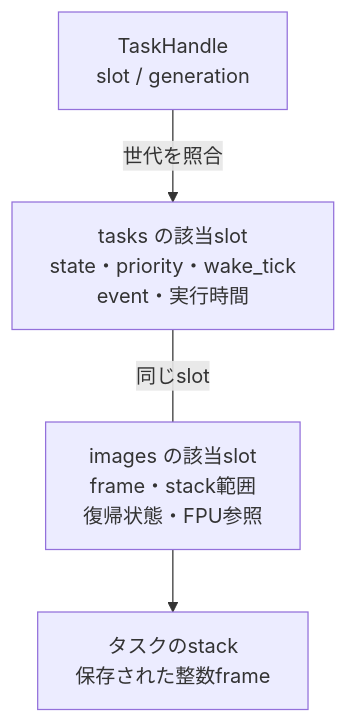
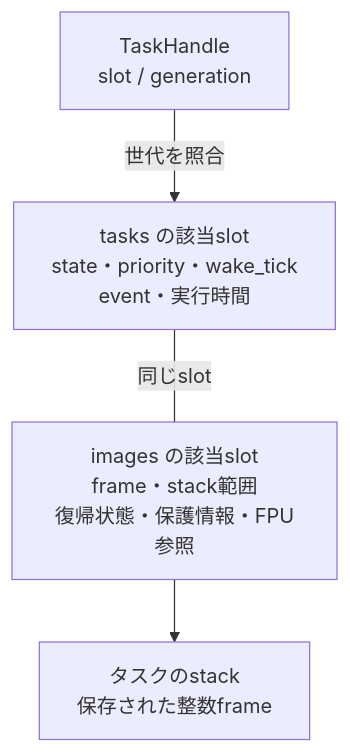
Before and after one commit to masanork/nihos: the diagram in docs/book/figures/task-records.mmd, drawn with Mermaid. The commit also changed 43 other files, not shown here.

```diff
--- a/docs/book/figures/task-records.mmd
+++ b/docs/book/figures/task-records.mmd
@@ -1,6 +1,6 @@
 flowchart TB
     accTitle: タスクの管理表と保存イメージ
-    accDescr: slotとgenerationでタスクを識別し、Schedulerのtasks配列とRuntimeのimages配列を同じslotで対応づける。保存frameはそのタスクのstack範囲にある。
+    accDescr: slotとgenerationでタスクを識別し、Schedulerのtasks配列とRuntimeのimages配列を同じslotで対応づける。imagesには復帰状態と任意の保護情報がある。通常のframeはタスクのstack範囲にあり、不正な利用者SPは別の故障用frameで受ける。
     H["TaskHandle\nslot / generation"] -->|"世代を照合"| T["tasks の該当slot\nstate・priority・wake_tick\nevent・実行時間"]
-    T ---|"同じslot"| I["images の該当slot\nframe・stack範囲\n復帰状態・FPU参照"]
+    T ---|"同じslot"| I["images の該当slot\nframe・stack範囲\n復帰状態・保護情報・FPU参照"]
     I --> F["タスクのstack\n保存された整数frame"]
```
